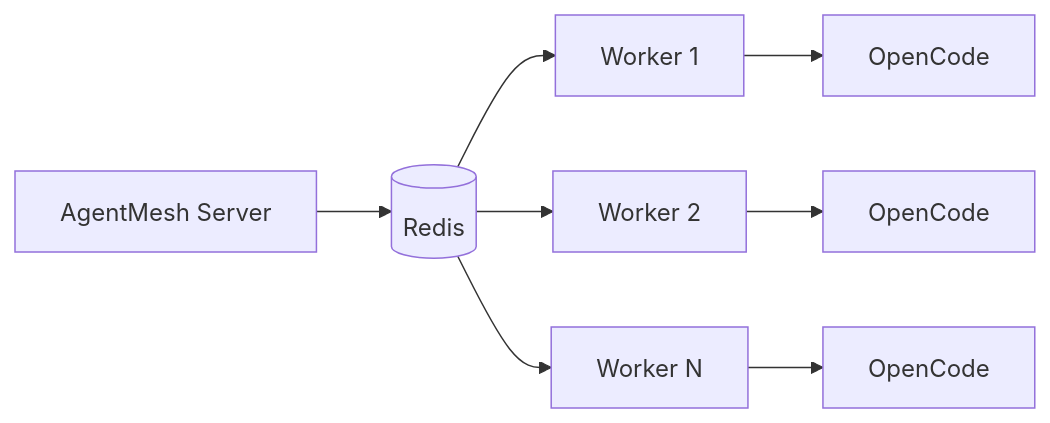
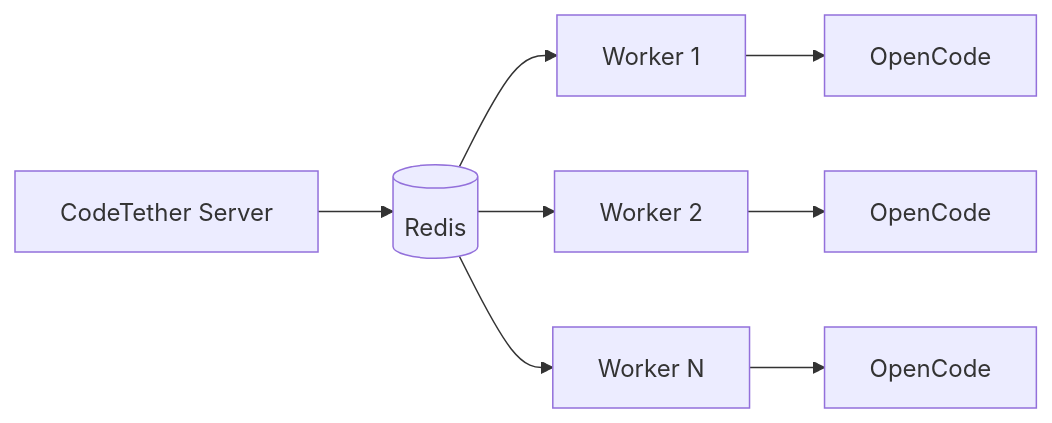
One commit to rileyseaburg/A2A-Server-MCP changed the diagram in agentmesh-docs/features/distributed-workers.md. Above: the diagram before and after it, drawn with Mermaid. The commit also changed other lines of this file and 51 other files, not shown here.

First line of the commit message:
docs: Rebrand documentation from AgentMesh to CodeTether

````diff
--- a/agentmesh-docs/features/distributed-workers.md
+++ b/agentmesh-docs/features/distributed-workers.md
@@ -51,11 +51,11 @@
 ```mermaid
 graph LR
-    S[AgentMesh Server] --> R[(Redis)]
+    S[CodeTether Server] --> R[(Redis)]
     R --> W1[Worker 1]
     R --> W2[Worker 2]
     R --> W3[Worker N]
 
     W1 --> OC1[OpenCode]
     W2 --> OC2[OpenCode]
     W3 --> OC3[OpenCode]
 ```
````
